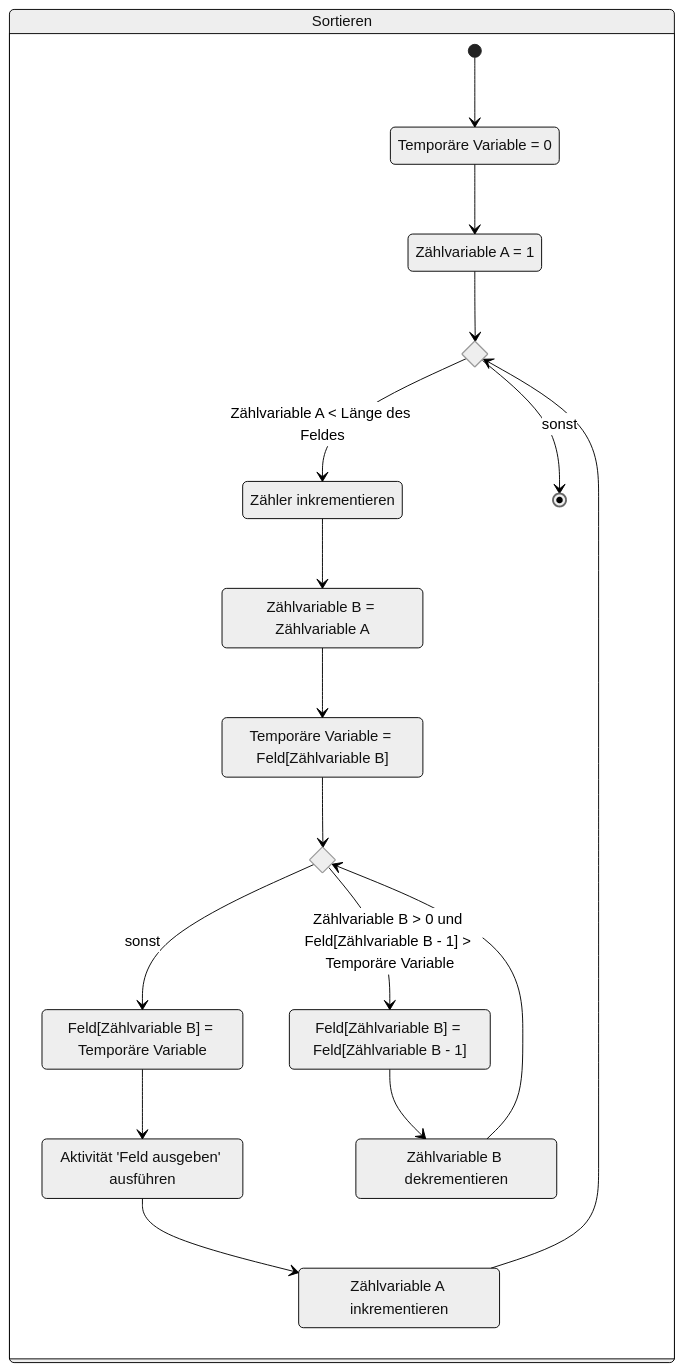
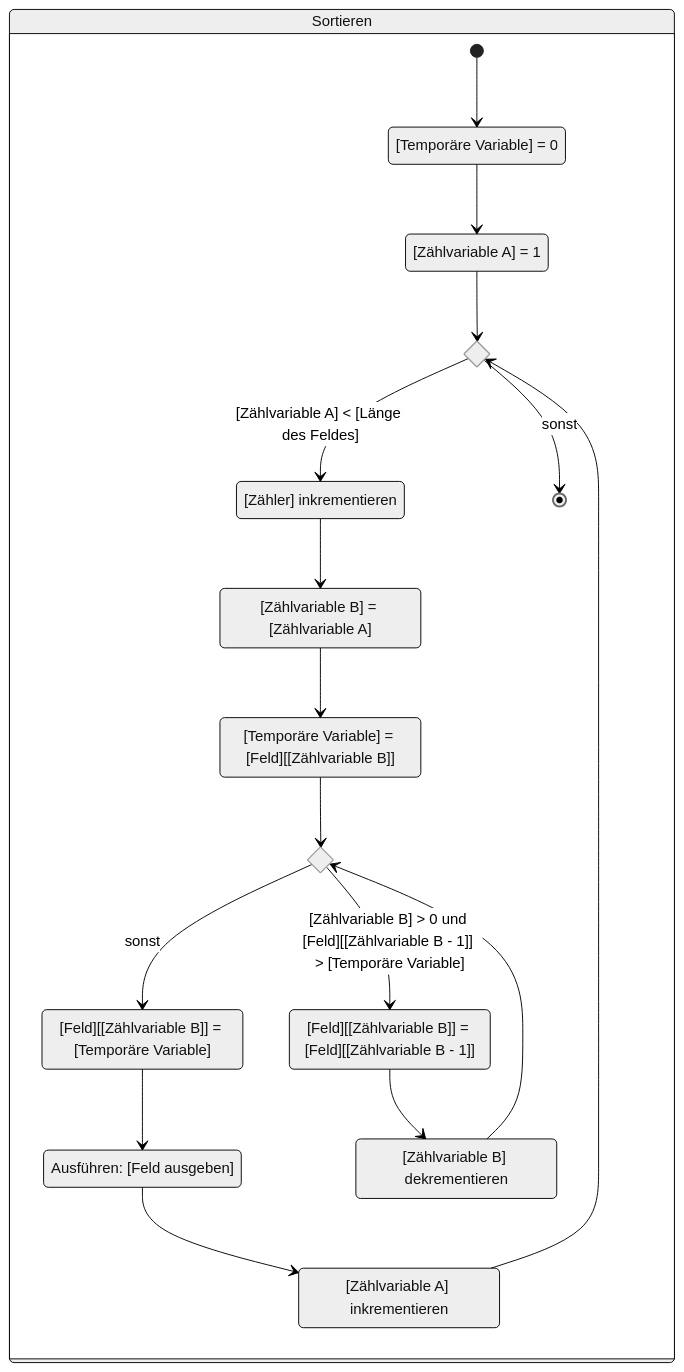
The third of 4 diagrams in docs/exam-exercises/exam-exercises-java1/activity-diagrams/insertion-sort.md (jappuccini/java-docs), drawn with Mermaid (neutral theme) before and after one commit. The commit also changed other lines of this file and 5 other files, not shown here.

````diff
--- a/docs/exam-exercises/exam-exercises-java1/activity-diagrams/insertion-sort.md
+++ b/docs/exam-exercises/exam-exercises-java1/activity-diagrams/insertion-sort.md
@@ -39,34 +39,34 @@
 ```mermaid
 stateDiagram-v2
-    state "Temporäre Variable = 0" as state1
-    state "Zählvariable A = 1" as state2
-    state "Zähler inkrementieren" as state3
-    state "Zählvariable B = Zählvariable A" as state4
-    state "Temporäre Variable = Feld[Zählvariable B]" as state5
-    state "Feld[Zählvariable B] = Temporäre Variable" as state6
-    state "Aktivität 'Feld ausgeben' ausführen" as state7
-    state "Zählvariable A inkrementieren" as state8
-    state "Feld[Zählvariable B] = Feld[Zählvariable B - 1]" as state9
-    state "Zählvariable B dekrementieren" as state10
+    state "[Temporäre Variable] = 0" as state1
+    state "[Zählvariable A] = 1" as state2
+    state "[Zähler] inkrementieren" as state3
+    state "[Zählvariable B] = [Zählvariable A]" as state4
+    state "[Temporäre Variable] = [Feld][[Zählvariable B]]" as state5
+    state "[Feld][[Zählvariable B]] = [Temporäre Variable]" as state6
+    state "Ausführen: [Feld ausgeben]" as state7
+    state "[Zählvariable A] inkrementieren" as state8
+    state "[Feld][[Zählvariable B]] = [Feld][[Zählvariable B - 1]]" as state9
+    state "[Zählvariable B] dekrementieren" as state10
 
     state if1 <<choice>>
     state if2 <<choice>>
 
     state "Sortieren" as sort {
         [*] --> state1
         state1 --> state2
         state2 --> if1
-        if1 --> state3: Zählvariable A < Länge des Feldes
+        if1 --> state3: [Zählvariable A] < [Länge des Feldes]
         if1 --> [*]: sonst
         state3 --> state4
         state4 --> state5
         state5 --> if2
         if2 --> state6: sonst
-        if2 --> state9: Zählvariable B > 0 und Feld[Zählvariable B - 1] > Temporäre Variable
+        if2 --> state9: [Zählvariable B] > 0 und [Feld][[Zählvariable B - 1]] > [Temporäre Variable]
         state6 --> state7
         state7 --> state8
         state8 --> if1
         state9 --> state10
         state10 --> if2
     }
 ```
````
